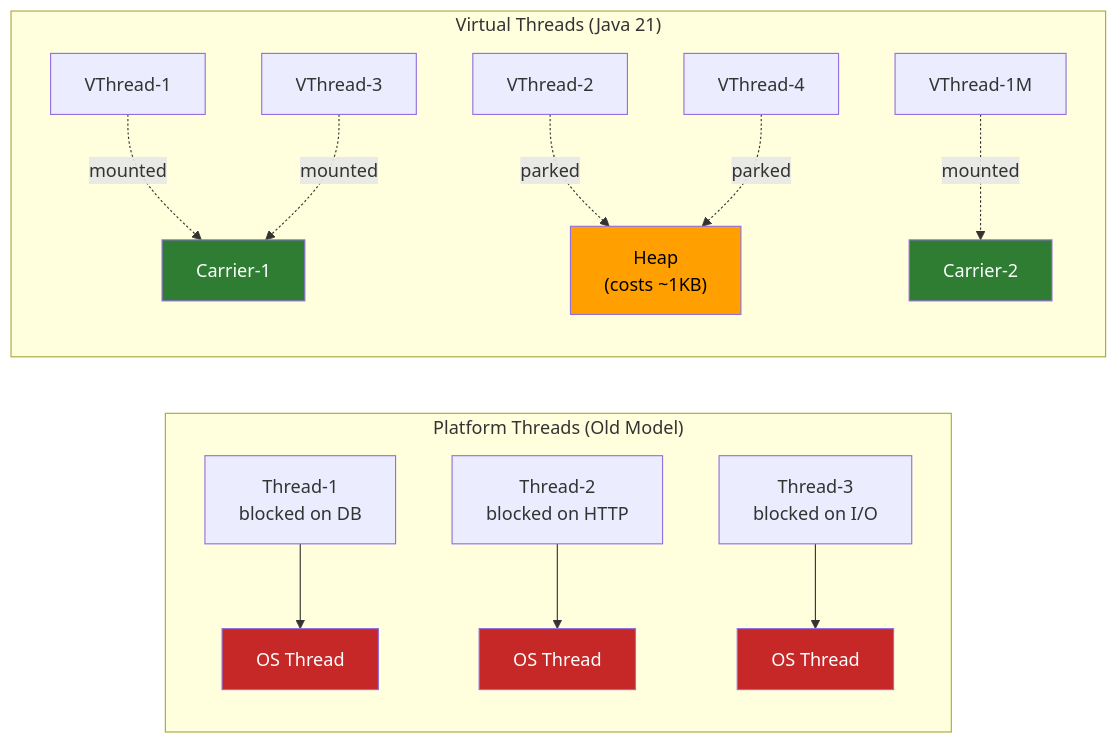
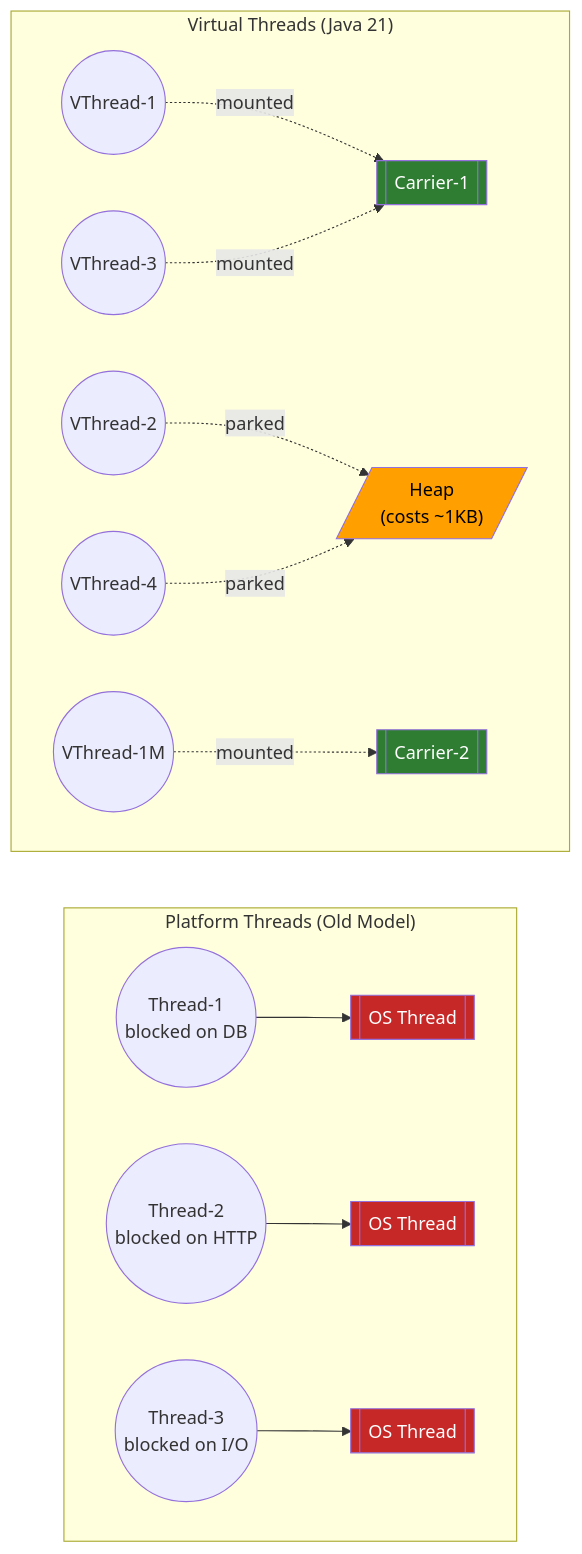
One commit to saivamsikaruturi/vamsilabs-dev-notes-main changed the fifth of 6 diagrams in docs/java/ModernJava.md. Above: the diagram before and after it, drawn with Mermaid. The commit also changed other lines of this file and 146 other files, not shown here.

Commit message:
Horizontal diagrams, UML class diagrams, typography overhaul, and permalink cleanup

````diff
--- a/docs/java/ModernJava.md
+++ b/docs/java/ModernJava.md
@@ -393,23 +395,25 @@
 ```mermaid
-graph LR
+flowchart LR
     subgraph "Platform Threads (Old Model)"
-        PT1["Thread-1<br/>blocked on DB"] --> OS1["OS Thread"]
-        PT2["Thread-2<br/>blocked on HTTP"] --> OS2["OS Thread"]
-        PT3["Thread-3<br/>blocked on I/O"] --> OS3["OS Thread"]
+        direction LR
+        PT1(("Thread-1<br/>blocked on DB")) --> OS1[["OS Thread"]]
+        PT2(("Thread-2<br/>blocked on HTTP")) --> OS2[["OS Thread"]]
+        PT3(("Thread-3<br/>blocked on I/O")) --> OS3[["OS Thread"]]
     end
 
     subgraph "Virtual Threads (Java 21)"
-        VT1["VThread-1"] -.->|"mounted"| C1["Carrier-1"]
-        VT2["VThread-2"] -.->|"parked"| Park["Heap<br/>(costs ~1KB)"]
-        VT3["VThread-3"] -.->|"mounted"| C1
-        VT4["VThread-4"] -.->|"parked"| Park
-        VT5["VThread-1M"] -.->|"mounted"| C2["Carrier-2"]
+        direction LR
+        VT1(("VThread-1")) -.->|"mounted"| C1[["Carrier-1"]]
+        VT2(("VThread-2")) -.->|"parked"| Park[/"Heap<br/>(costs ~1KB)"/]
+        VT3(("VThread-3")) -.->|"mounted"| C1
+        VT4(("VThread-4")) -.->|"parked"| Park
+        VT5(("VThread-1M")) -.->|"mounted"| C2[["Carrier-2"]]
     end
 
     style OS1 fill:#C62828,color:#fff
     style OS2 fill:#C62828,color:#fff
     style OS3 fill:#C62828,color:#fff
     style C1 fill:#2E7D32,color:#fff
     style C2 fill:#2E7D32,color:#fff
     style Park fill:#FFA000,color:#000
 ```
````
